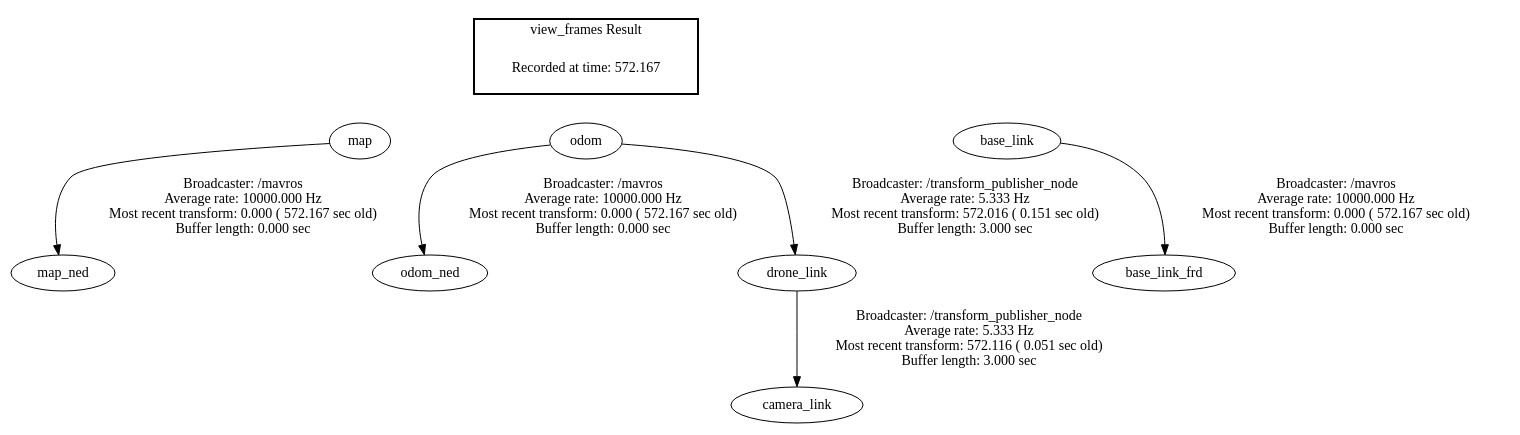
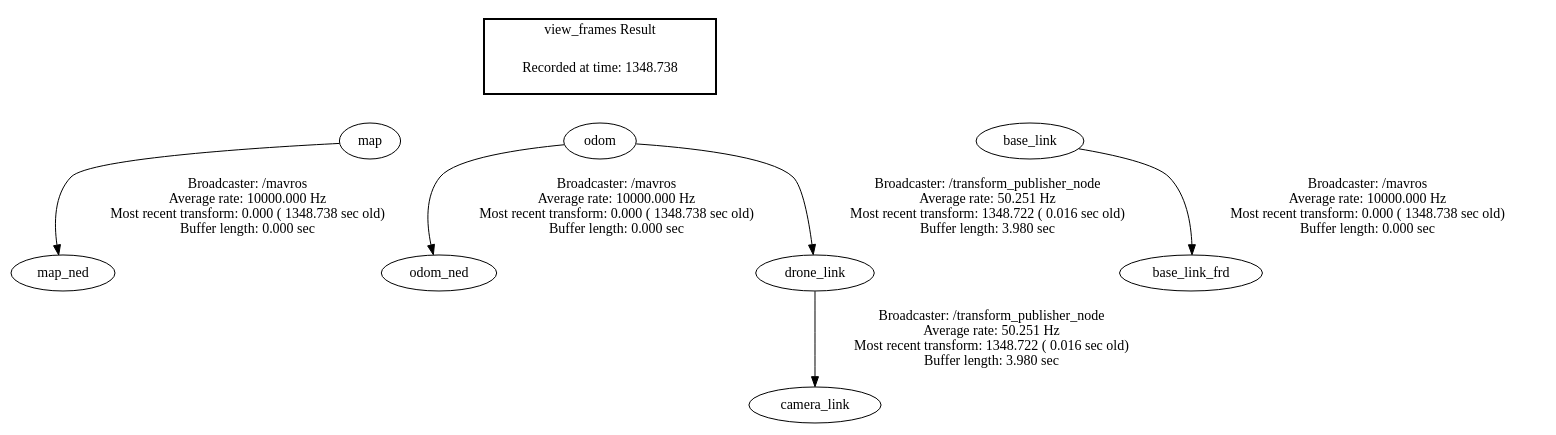
Before and after one commit to Qubi0-0/avoidance-system: the diagram in frames.gv, drawn with Graphviz. The commit also changed 1 other file, not shown here.

Commit message:
Update transform timestamps in frames.gv

```diff
--- a/frames.gv
+++ b/frames.gv
@@ -1,19 +1,19 @@
 digraph G {
-"map" -> "map_ned"[label="Broadcaster: /mavros\nAverage rate: 10000.000 Hz\nMost recent transform: 0.000 ( 572.167 sec old)\nBuffer length: 0.000 sec\n"];
-"odom" -> "odom_ned"[label="Broadcaster: /mavros\nAverage rate: 10000.000 Hz\nMost recent transform: 0.000 ( 572.167 sec old)\nBuffer length: 0.000 sec\n"];
-"base_link" -> "base_link_frd"[label="Broadcaster: /mavros\nAverage rate: 10000.000 Hz\nMost recent transform: 0.000 ( 572.167 sec old)\nBuffer length: 0.000 sec\n"];
-"odom" -> "drone_link"[label="Broadcaster: /transform_publisher_node\nAverage rate: 5.333 Hz\nMost recent transform: 572.016 ( 0.151 sec old)\nBuffer length: 3.000 sec\n"];
-"drone_link" -> "camera_link"[label="Broadcaster: /transform_publisher_node\nAverage rate: 5.333 Hz\nMost recent transform: 572.116 ( 0.051 sec old)\nBuffer length: 3.000 sec\n"];
+"map" -> "map_ned"[label="Broadcaster: /mavros\nAverage rate: 10000.000 Hz\nMost recent transform: 0.000 ( 1348.738 sec old)\nBuffer length: 0.000 sec\n"];
+"odom" -> "odom_ned"[label="Broadcaster: /mavros\nAverage rate: 10000.000 Hz\nMost recent transform: 0.000 ( 1348.738 sec old)\nBuffer length: 0.000 sec\n"];
+"base_link" -> "base_link_frd"[label="Broadcaster: /mavros\nAverage rate: 10000.000 Hz\nMost recent transform: 0.000 ( 1348.738 sec old)\nBuffer length: 0.000 sec\n"];
+"drone_link" -> "camera_link"[label="Broadcaster: /transform_publisher_node\nAverage rate: 50.251 Hz\nMost recent transform: 1348.722 ( 0.016 sec old)\nBuffer length: 3.980 sec\n"];
+"odom" -> "drone_link"[label="Broadcaster: /transform_publisher_node\nAverage rate: 50.251 Hz\nMost recent transform: 1348.722 ( 0.016 sec old)\nBuffer length: 3.980 sec\n"];
 edge [style=invis];
  subgraph cluster_legend { style=bold; color=black; label ="view_frames Result";
-"Recorded at time: 572.167"[ shape=plaintext ] ;
+"Recorded at time: 1348.738"[ shape=plaintext ] ;
  }->"map";
 edge [style=invis];
  subgraph cluster_legend { style=bold; color=black; label ="view_frames Result";
-"Recorded at time: 572.167"[ shape=plaintext ] ;
+"Recorded at time: 1348.738"[ shape=plaintext ] ;
  }->"odom";
 edge [style=invis];
  subgraph cluster_legend { style=bold; color=black; label ="view_frames Result";
-"Recorded at time: 572.167"[ shape=plaintext ] ;
+"Recorded at time: 1348.738"[ shape=plaintext ] ;
  }->"base_link";
 }
```
